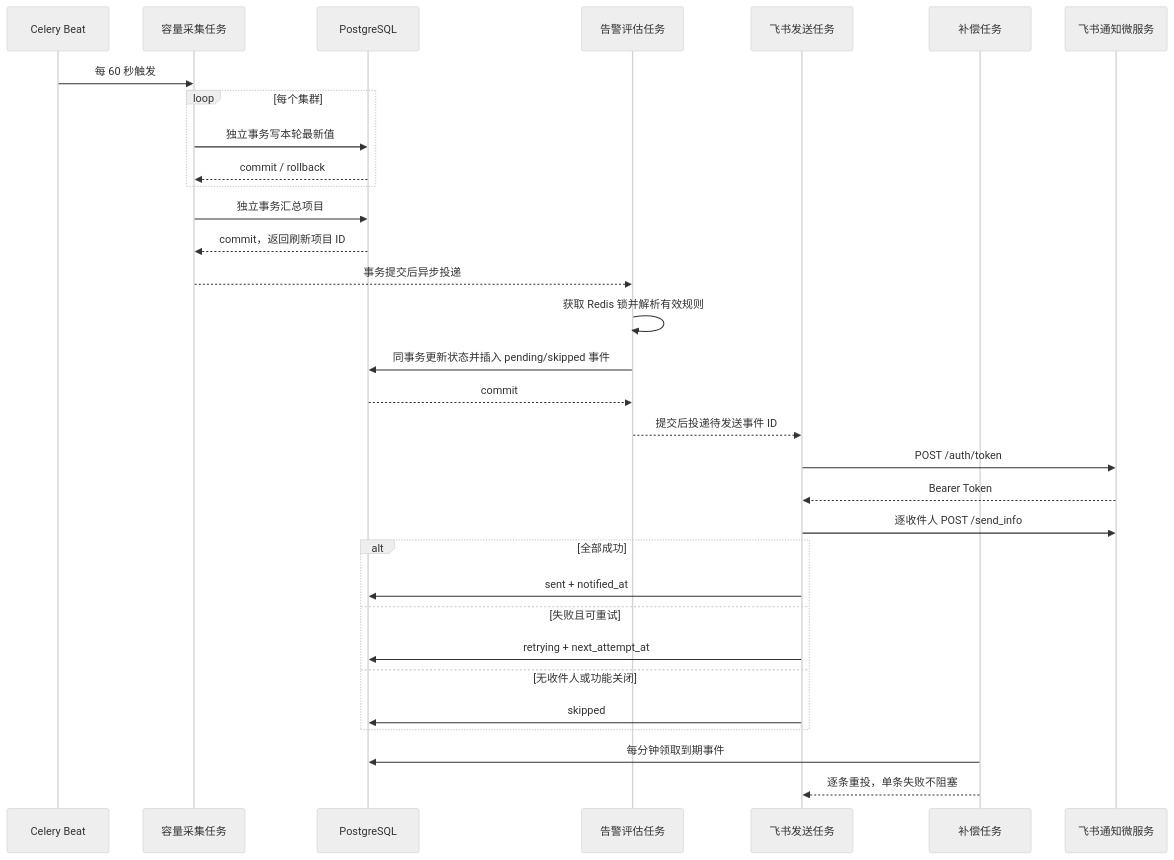
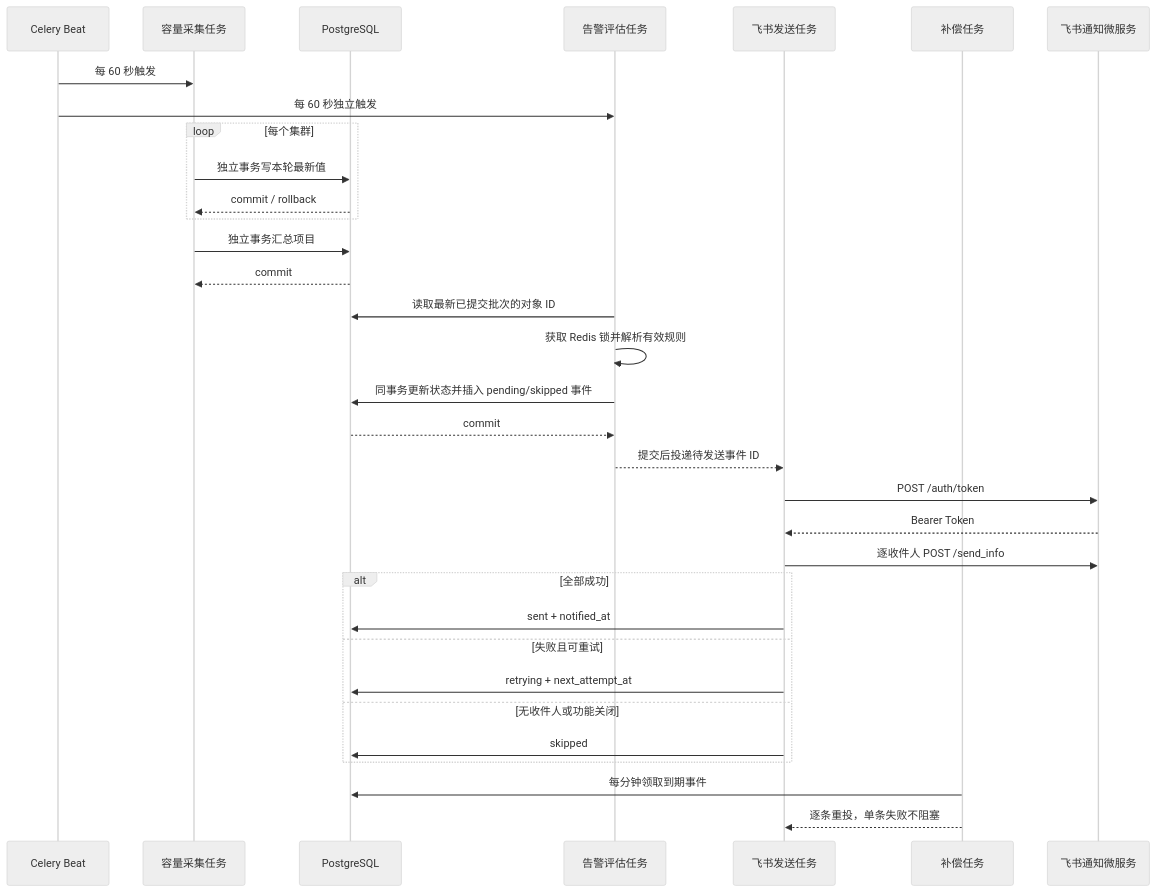
One commit to Dapeng960208/DiskPulse changed the second of 3 diagrams in docs/features/storage-alerts/design.md. Above: the diagram before and after it, drawn with Mermaid (neutral theme). The commit also changed other lines of this file and 6 other files, not shown here.

````diff
--- a/docs/features/storage-alerts/design.md
+++ b/docs/features/storage-alerts/design.md
@@ -180,35 +180,36 @@
 ```mermaid
 sequenceDiagram
     participant Beat as Celery Beat
     participant Collect as 容量采集任务
     participant DB as PostgreSQL
     participant Eval as 告警评估任务
     participant Send as 飞书发送任务
     participant Retry as 补偿任务
     participant Feishu as 飞书通知微服务
 
     Beat->>Collect: 每 60 秒触发
+    Beat->>Eval: 每 60 秒独立触发
     loop 每个集群
         Collect->>DB: 独立事务写本轮最新值
         DB-->>Collect: commit / rollback
     end
     Collect->>DB: 独立事务汇总项目
-    DB-->>Collect: commit，返回刷新项目 ID
-    Collect-->>Eval: 事务提交后异步投递
+    DB-->>Collect: commit
+    Eval->>DB: 读取最新已提交批次的对象 ID
     Eval->>Eval: 获取 Redis 锁并解析有效规则
     Eval->>DB: 同事务更新状态并插入 pending/skipped 事件
     DB-->>Eval: commit
     Eval-->>Send: 提交后投递待发送事件 ID
     Send->>Feishu: POST /auth/token
     Feishu-->>Send: Bearer Token
     Send->>Feishu: 逐收件人 POST /send_info
     alt 全部成功
         Send->>DB: sent + notified_at
     else 失败且可重试
         Send->>DB: retrying + next_attempt_at
     else 无收件人或功能关闭
         Send->>DB: skipped
     end
     Retry->>DB: 每分钟领取到期事件
     Retry-->>Send: 逐条重投，单条失败不阻塞
 ```
````
